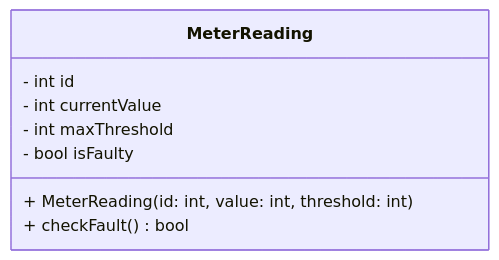
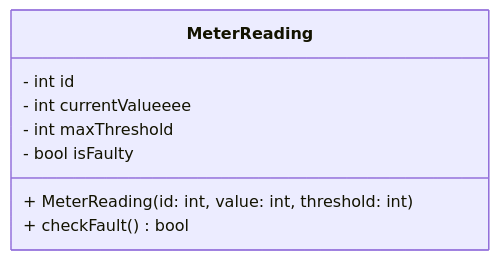
The diagram in cs3/Chapter11ExLM1.md (3strategy/BeautifulYesodot), drawn with Mermaid before and after one commit. The commit also changed other lines of this file and 11 other files, not shown here.

````diff
--- a/cs3/Chapter11ExLM1.md
+++ b/cs3/Chapter11ExLM1.md
@@ -139,13 +123,13 @@
-```mermaid
+<div class="mermaid" style="direction:ltr;">
 
     classDiagram
     class MeterReading{
         - int id
-        - int currentValue
+        - int currentValueeee
         - int maxThreshold
         - bool isFaulty
         + MeterReading(id: int, value: int, threshold: int)
         + checkFault() bool
     }
 
-```
+</div>
````
